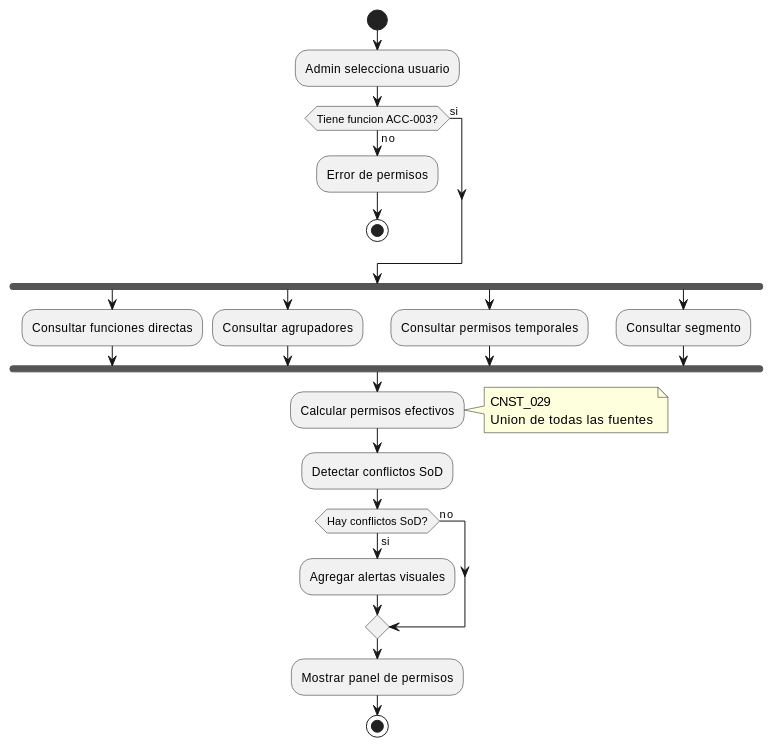
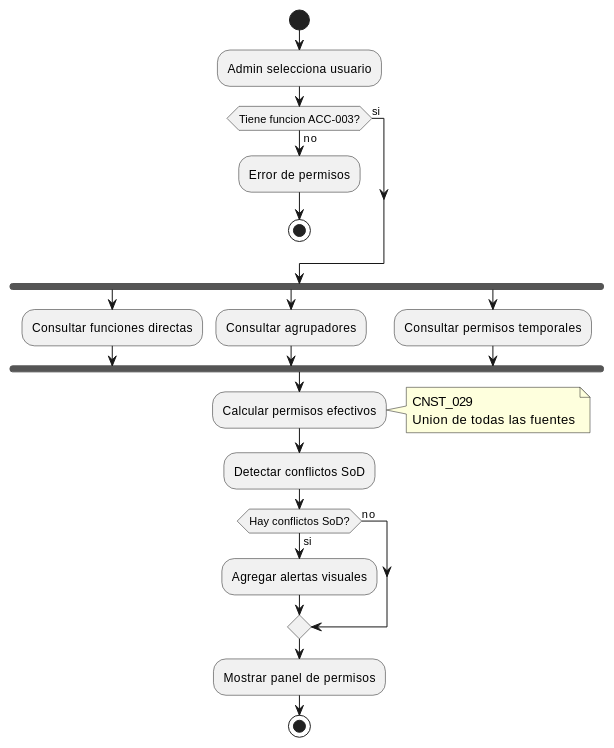
The third of 3 diagrams in source/requisitos/casos-uso/access/uc-acc-03-consultar-permisos.rst (jcg-admin/IACT-docs), drawn with PlantUML before and after one commit. The commit also changed other lines of this file and 6 other files, not shown here.

```diff
--- a/source/requisitos/casos-uso/access/uc-acc-03-consultar-permisos.rst
+++ b/source/requisitos/casos-uso/access/uc-acc-03-consultar-permisos.rst
@@ -322,43 +314,41 @@
 .. uml::
  :caption: Diagrama de Actividad - UC_ACC_03
 
  @startuml
 
  start
 
  :Admin selecciona usuario;
 
  if (Tiene funcion ACC-003?) then (no)
  :Error de permisos;
  stop
  else (si)
  endif
 
  fork
  :Consultar funciones directas;
  fork again
  :Consultar agrupadores;
  fork again
  :Consultar permisos temporales;
- fork again
- :Consultar segmento;
  end fork
 
  :Calcular permisos efectivos;
  note right
  CNST_029
  Union de todas las fuentes
  end note
 
  :Detectar conflictos SoD;
 
  if (Hay conflictos SoD?) then (si)
  :Agregar alertas visuales;
  else (no)
  endif
 
  :Mostrar panel de permisos;
 
  stop
 
  @enduml
```
